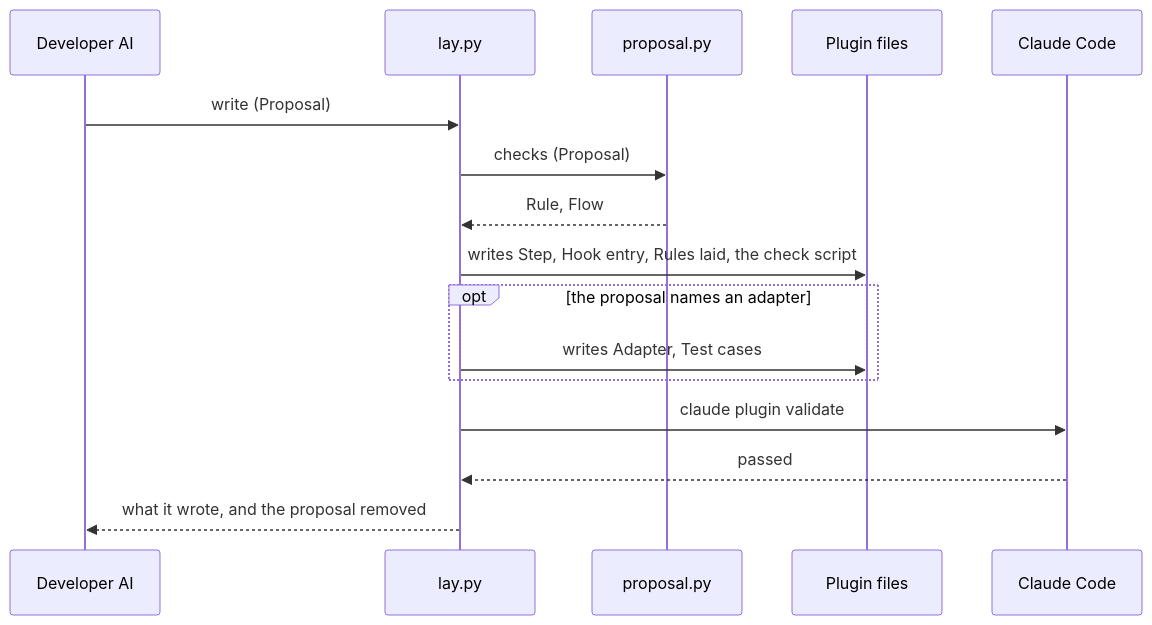
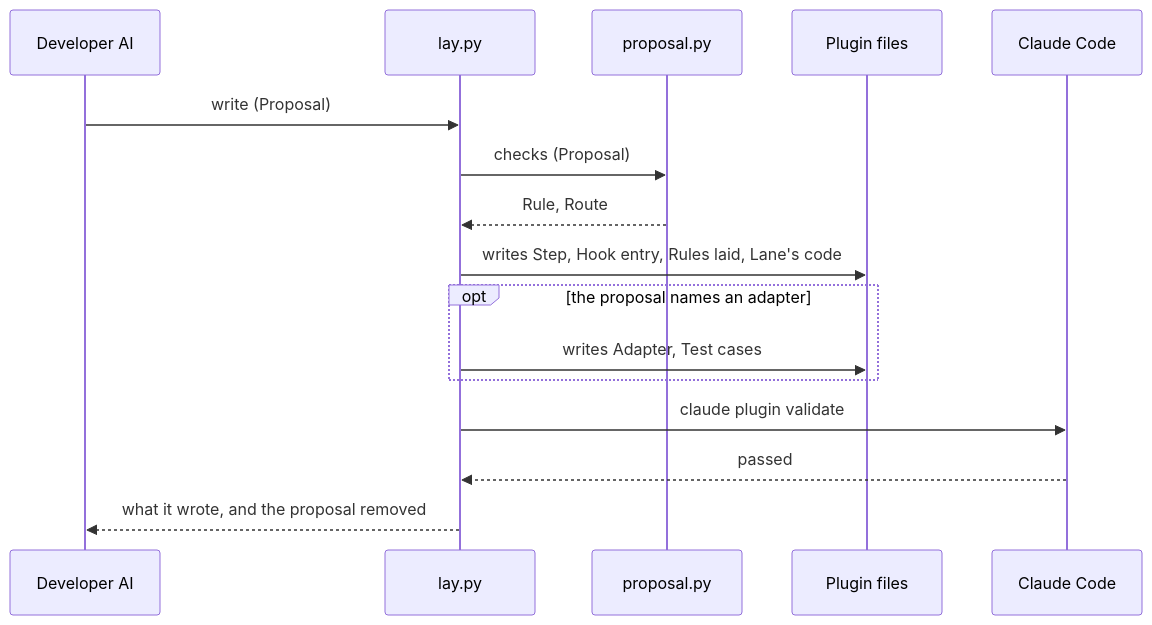
The second of 5 diagrams in dev/lane/architecture.md (lovaizu/ccpm), drawn with Mermaid before and after one commit. The commit also changed other lines of this file and 5 other files, not shown here.

````diff
--- a/dev/lane/architecture.md
+++ b/dev/lane/architecture.md
@@ -159,18 +180,18 @@
 ```mermaid
 sequenceDiagram
   participant DA as Developer AI
   participant L as lay.py
   participant P as proposal.py
   participant PF as Plugin files
   participant CC as Claude Code
   DA->>L: write (Proposal)
   L->>P: checks (Proposal)
-  P-->>L: Rule, Flow
-  L->>PF: writes Step, Hook entry, Rules laid, the check script
+  P-->>L: Rule, Route
+  L->>PF: writes Step, Hook entry, Rules laid, Lane's code
   opt the proposal names an adapter
     L->>PF: writes Adapter, Test cases
   end
   L->>CC: claude plugin validate
   CC-->>L: passed
   L-->>DA: what it wrote, and the proposal removed
 ```
````
